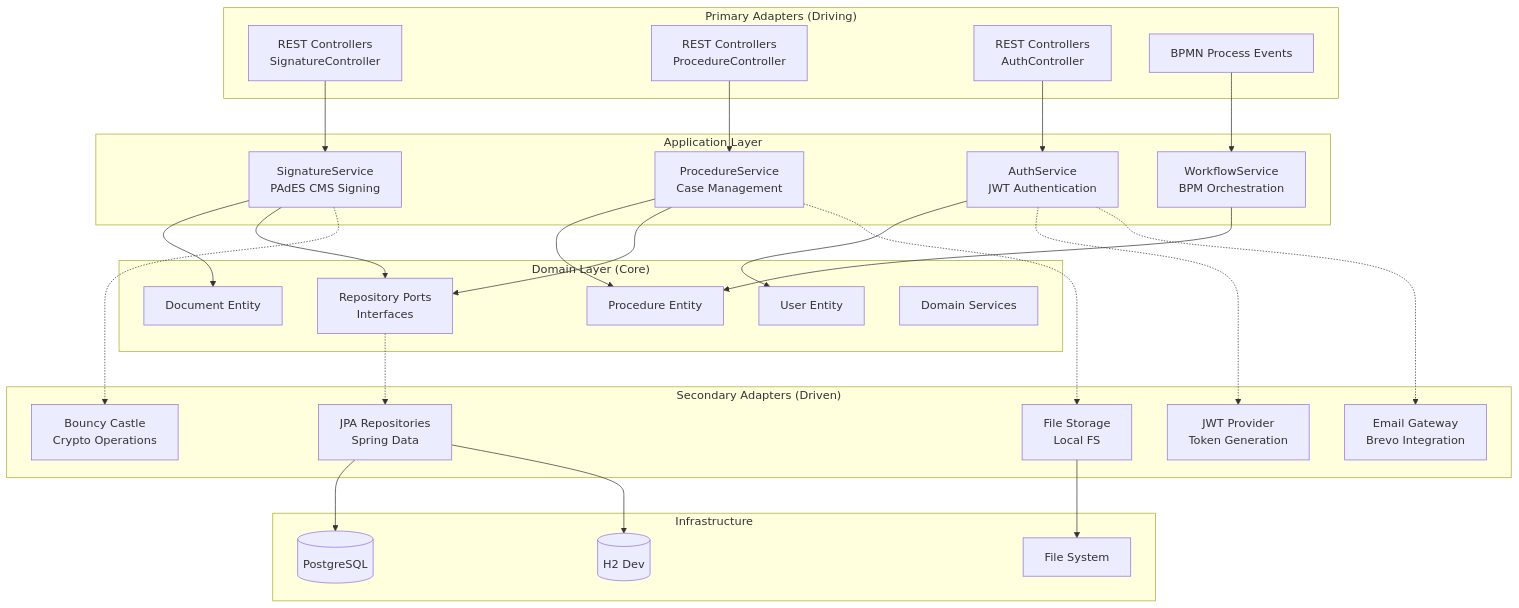
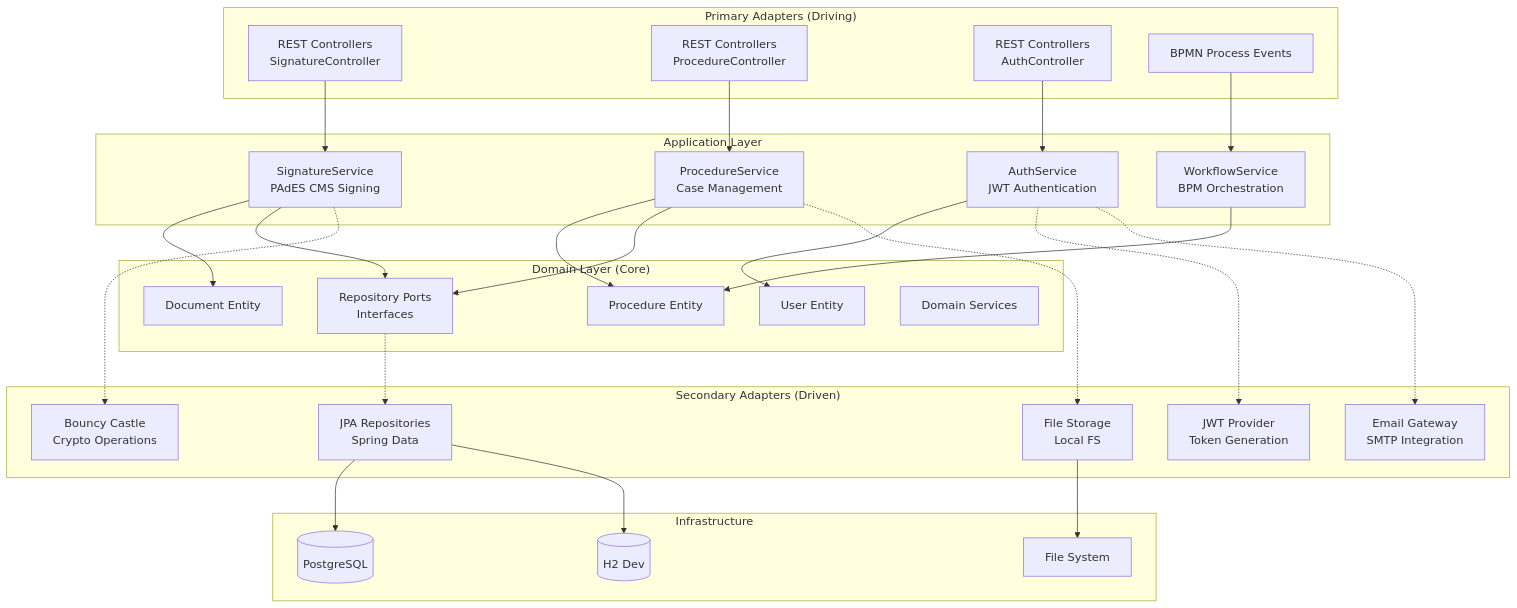
One commit to fernandocastanotorres/tfm changed the second of 10 diagrams in docs/architecture-diagrams.md. Above: the diagram before and after it, drawn with Mermaid. The commit also changed other lines of this file and 22 other files, not shown here.

````diff
--- a/docs/architecture-diagrams.md
+++ b/docs/architecture-diagrams.md
@@ -55,60 +55,60 @@
 ```mermaid
 graph TB
     subgraph "Primary Adapters (Driving)"
         A1[REST Controllers<br/>SignatureController]
         A2[REST Controllers<br/>ProcedureController]
         A3[REST Controllers<br/>AuthController]
         A4[BPMN Process Events]
     end
 
     subgraph "Application Layer"
         B1[SignatureService<br/>PAdES CMS Signing]
         B2[ProcedureService<br/>Case Management]
         B3[AuthService<br/>JWT Authentication]
         B4[WorkflowService<br/>BPM Orchestration]
     end
 
     subgraph "Domain Layer (Core)"
         C1[Document Entity]
         C2[Procedure Entity]
         C3[User Entity]
         C4[Repository Ports<br/>Interfaces]
         C5[Domain Services]
     end
 
     subgraph "Secondary Adapters (Driven)"
         D1[JPA Repositories<br/>Spring Data]
         D2[JWT Provider<br/>Token Generation]
         D3[File Storage<br/>Local FS]
         D4[Bouncy Castle<br/>Crypto Operations]
-        D5[Email Gateway<br/>Brevo Integration]
+        D5[Email Gateway<br/>SMTP Integration]
     end
 
     subgraph "Infrastructure"
         E1[(PostgreSQL)]
         E2[(H2 Dev)]
         E3[File System]
     end
 
     A1 --> B1
     A2 --> B2
     A3 --> B3
     A4 --> B4
 
     B1 --> C1
     B1 --> C4
     B2 --> C2
     B2 --> C4
     B3 --> C3
     B4 --> C2
 
     C4 -.-> D1
     B3 -.-> D2
     B1 -.-> D4
     B2 -.-> D3
     B3 -.-> D5
 
     D1 --> E1
     D1 --> E2
     D3 --> E3
 ```
````
